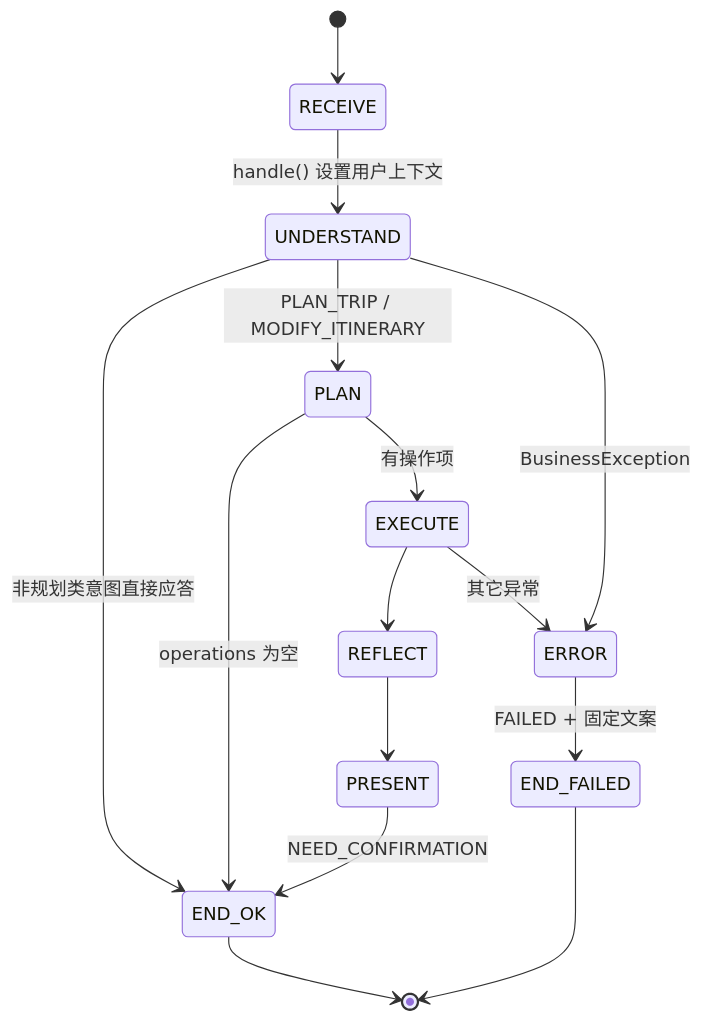
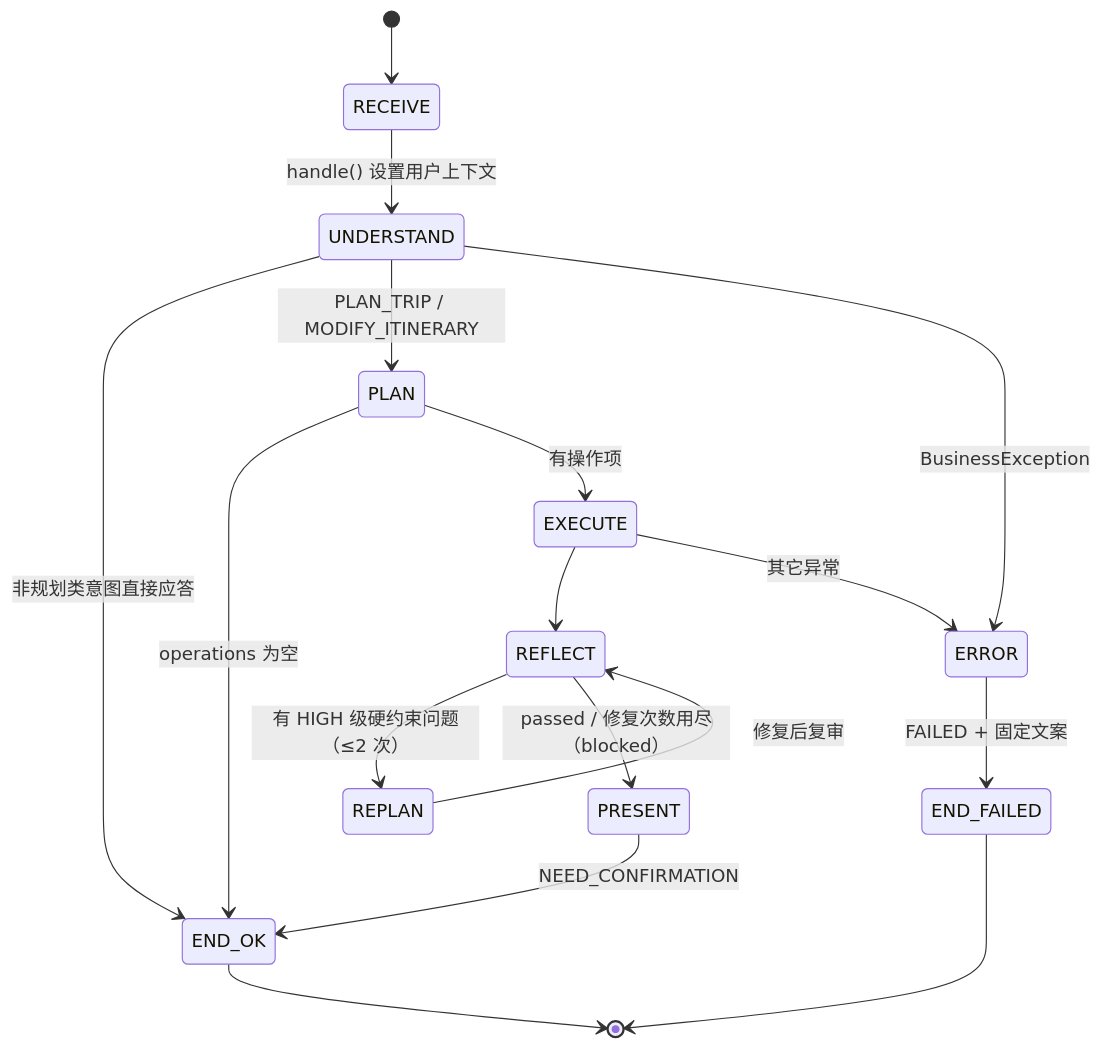
The second of 4 diagrams in docs/guide/architecture.md (Lukas-Ga06/-), drawn with Mermaid before and after one commit. The commit also changed other lines of this file and 42 other files, not shown here.

````diff
--- a/docs/guide/architecture.md
+++ b/docs/guide/architecture.md
@@ -103,17 +103,19 @@
 ```mermaid
 stateDiagram-v2
     [*] --> RECEIVE
     RECEIVE --> UNDERSTAND: handle() 设置用户上下文
     UNDERSTAND --> END_OK: 非规划类意图直接应答
     UNDERSTAND --> PLAN: PLAN_TRIP / MODIFY_ITINERARY
     PLAN --> END_OK: operations 为空
     PLAN --> EXECUTE: 有操作项
     EXECUTE --> REFLECT
-    REFLECT --> PRESENT
+    REFLECT --> REPLAN: 有 HIGH 级硬约束问题（≤2 次）
+    REPLAN --> REFLECT: 修复后复审
+    REFLECT --> PRESENT: passed / 修复次数用尽（blocked）
     PRESENT --> END_OK: NEED_CONFIRMATION
     UNDERSTAND --> ERROR: BusinessException
     EXECUTE --> ERROR: 其它异常
     ERROR --> END_FAILED: FAILED + 固定文案
     END_OK --> [*]
     END_FAILED --> [*]
 ```
````
